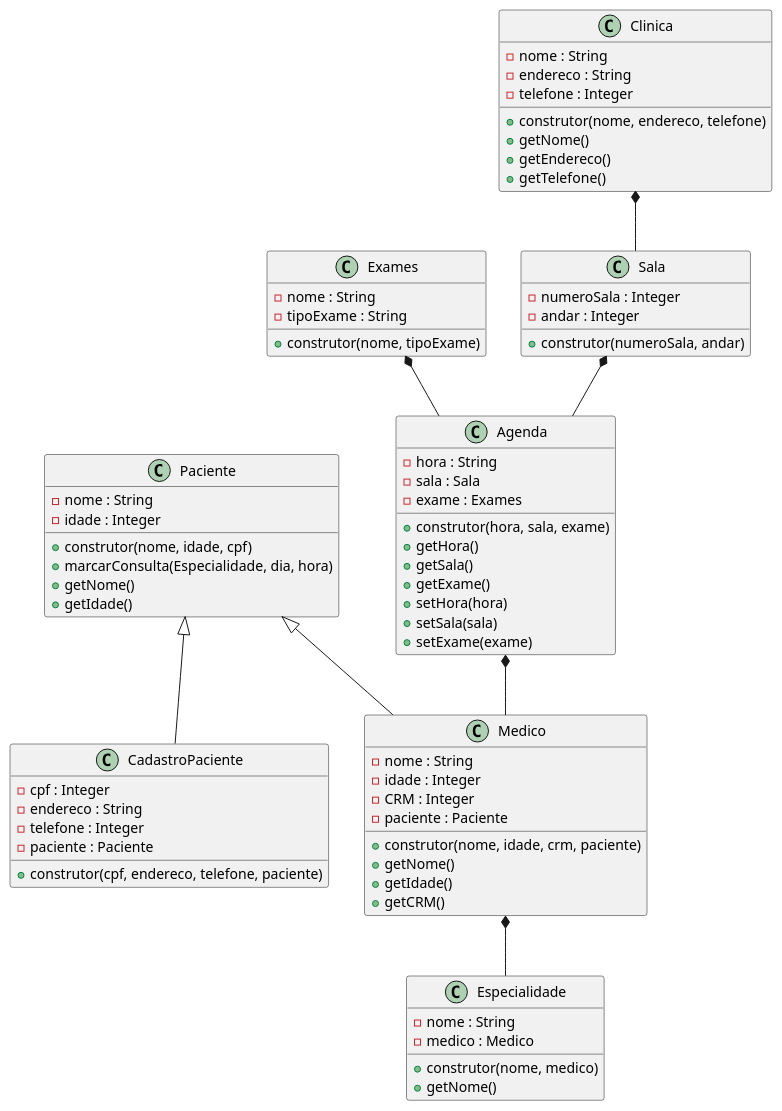
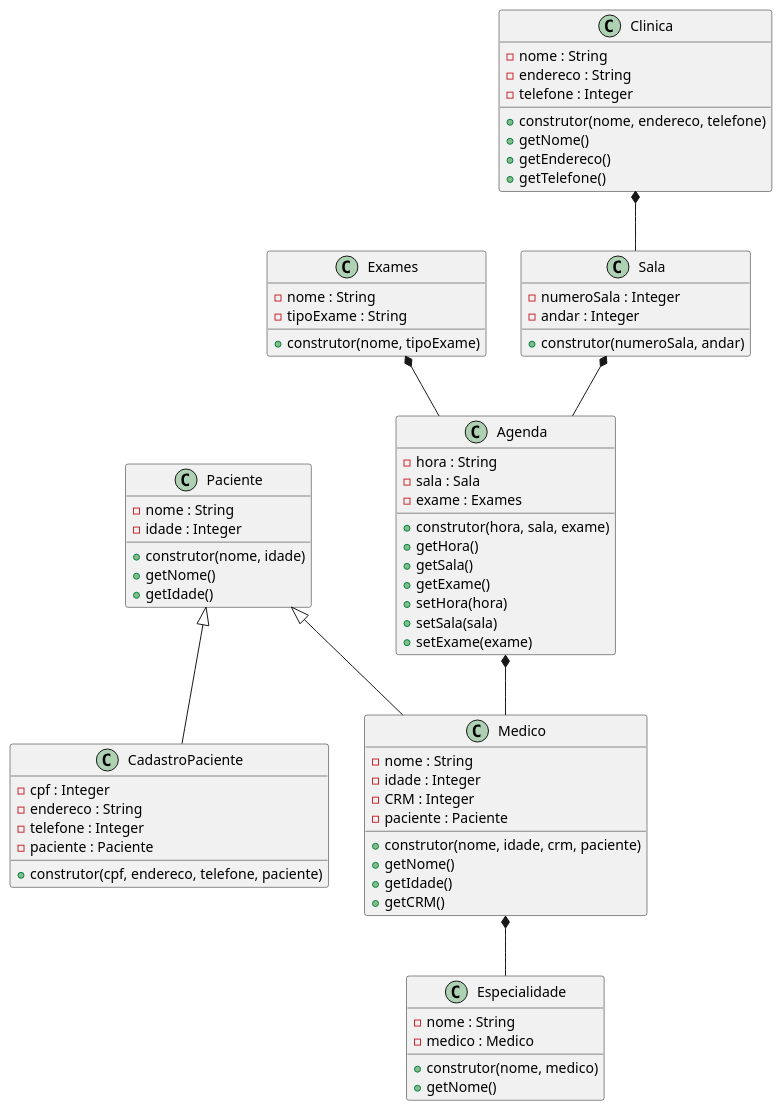
One commit to anleaes/2022-1-N2-POO-03 changed the diagram in diagrama.plantuml. Above: the diagram before and after it, drawn with PlantUML.

Commit message:
tirado parametro cpf de paciente tirado função marcarConsulta de paciente

```diff
--- a/diagrama.plantuml
+++ b/diagrama.plantuml
@@ -1,81 +1,80 @@
 @startuml Gerenciamento de Exames Medicos
 
     class Agenda{
         - hora : String
         - sala : Sala
         - exame : Exames
         + construtor(hora, sala, exame)
         + getHora()
         + getSala()
         + getExame()
         + setHora(hora)
         + setSala(sala)
         + setExame(exame)
     }
 
     class Paciente{
         - nome : String
         - idade : Integer
-        + construtor(nome, idade, cpf)
-        + marcarConsulta(Especialidade, dia, hora)
+        + construtor(nome, idade)
         + getNome()
         + getIdade()
     }
 
     class CadastroPaciente{
         - cpf : Integer
         - endereco : String
         - telefone : Integer
         - paciente : Paciente
         + construtor(cpf, endereco, telefone, paciente)
     }
 
     class Medico{
         - nome : String
         - idade : Integer
         - CRM : Integer
         - paciente : Paciente
         + construtor(nome, idade, crm, paciente)
         + getNome()
         + getIdade()
         + getCRM()
     }
 
     class Exames{
         - nome : String
         - tipoExame : String
         + construtor(nome, tipoExame)
     }
 
     class Especialidade{
         - nome : String
         - medico : Medico
         + construtor(nome, medico)
         + getNome()
     }
 
     class Clinica{
         - nome : String
         - endereco : String
         - telefone : Integer
         + construtor(nome, endereco, telefone)
         + getNome()
         + getEndereco()
         + getTelefone()
     }
 
     class Sala{
         - numeroSala : Integer
         - andar : Integer
         + construtor(numeroSala, andar)
     }
 
     Paciente <|-- CadastroPaciente
     Paciente <|-- Medico
     Medico *-- Especialidade
     Exames *-- Agenda
     Sala *-- Agenda
     Agenda *-- Medico
     Clinica *-- Sala
 
 @enduml
```
